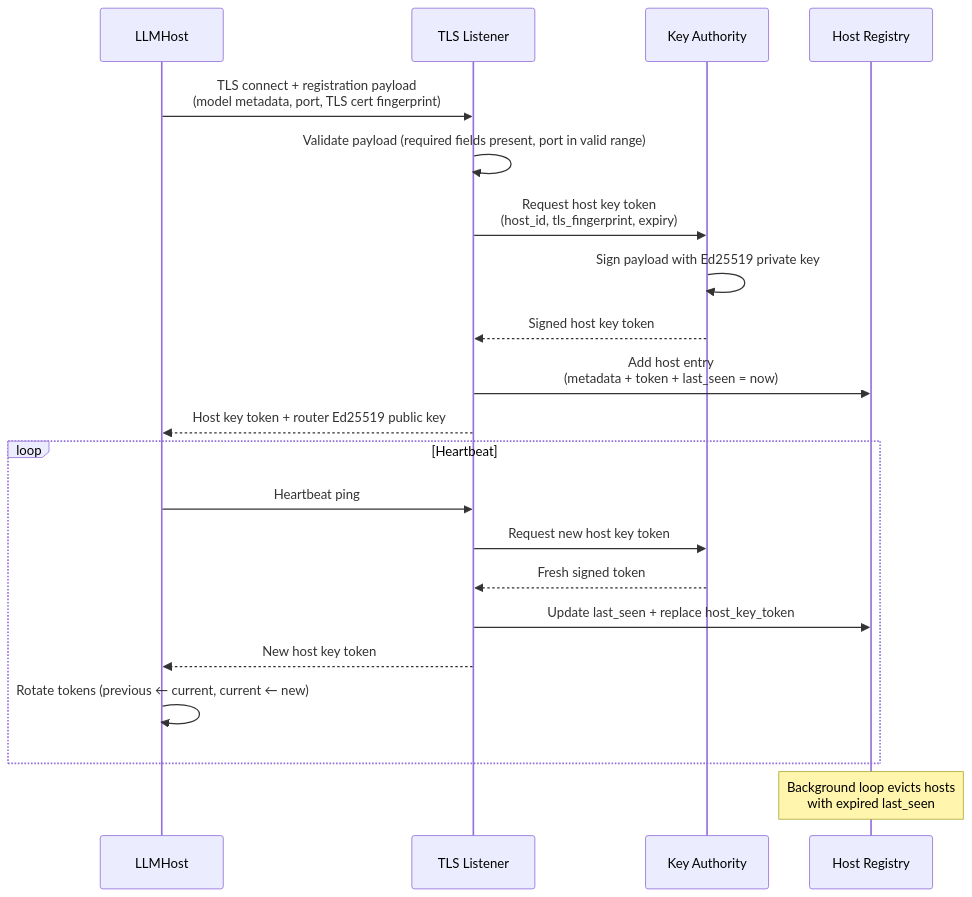
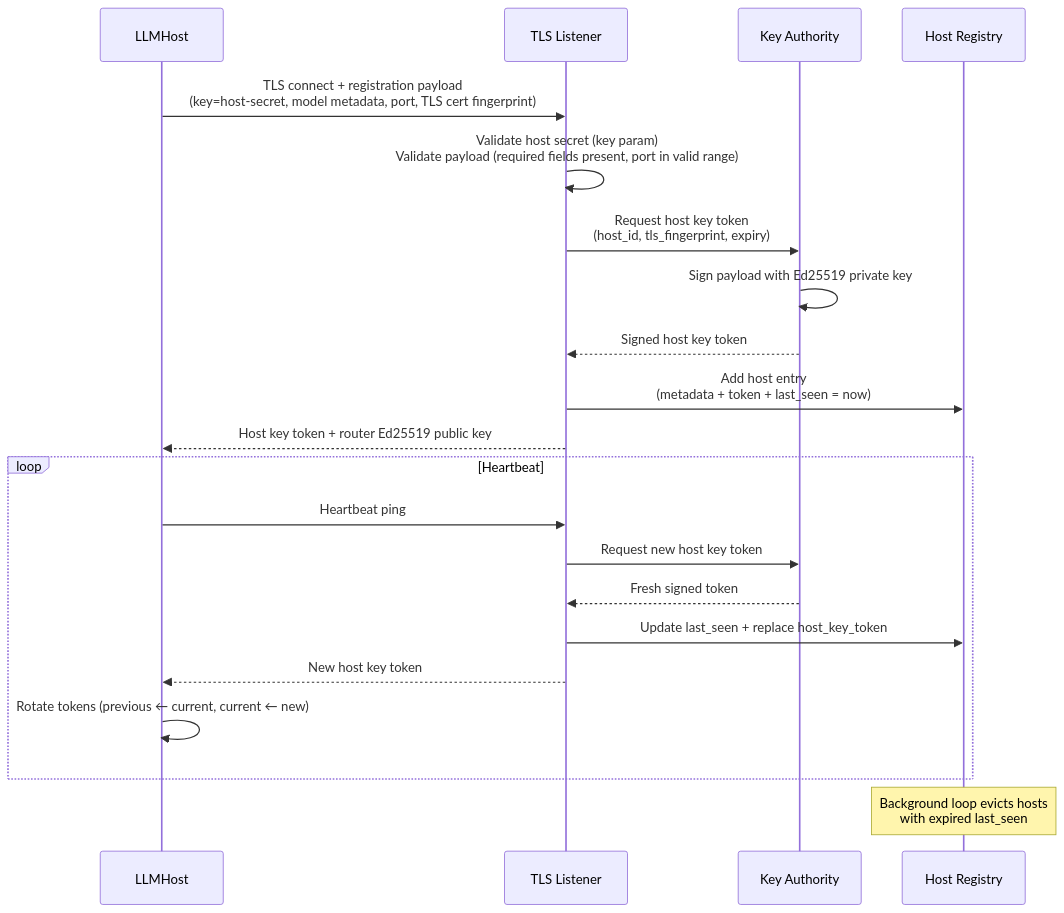
Before and after one commit to MartijnLammaing/ShareGrid: the second of 3 diagrams in docs/architecture_llmrouter.md, drawn with Mermaid. The commit also changed other lines of this file and 3 other files, not shown here.

````diff
--- a/docs/architecture_llmrouter.md
+++ b/docs/architecture_llmrouter.md
@@ -92,26 +96,26 @@
 ```mermaid
 sequenceDiagram
     participant H as LLMHost
     participant TLS as TLS Listener
     participant KA as Key Authority
     participant HR as Host Registry
 
-    H->>TLS: TLS connect + registration payload<br/>(model metadata, port, TLS cert fingerprint)
-    TLS->>TLS: Validate payload (required fields present, port in valid range)
+    H->>TLS: TLS connect + registration payload<br/>(key=host-secret, model metadata, port, TLS cert fingerprint)
+    TLS->>TLS: Validate host secret (key param)<br/>Validate payload (required fields present, port in valid range)
     TLS->>KA: Request host key token<br/>(host_id, tls_fingerprint, expiry)
     KA->>KA: Sign payload with Ed25519 private key
     KA-->>TLS: Signed host key token
     TLS->>HR: Add host entry<br/>(metadata + token + last_seen = now)
     TLS-->>H: Host key token + router Ed25519 public key
 
     loop Heartbeat
         H->>TLS: Heartbeat ping
         TLS->>KA: Request new host key token
         KA-->>TLS: Fresh signed token
         TLS->>HR: Update last_seen + replace host_key_token
         TLS-->>H: New host key token
         H->>H: Rotate tokens (previous ← current, current ← new)
     end
 
     Note over HR: Background loop evicts hosts<br/>with expired last_seen
 ```
````
